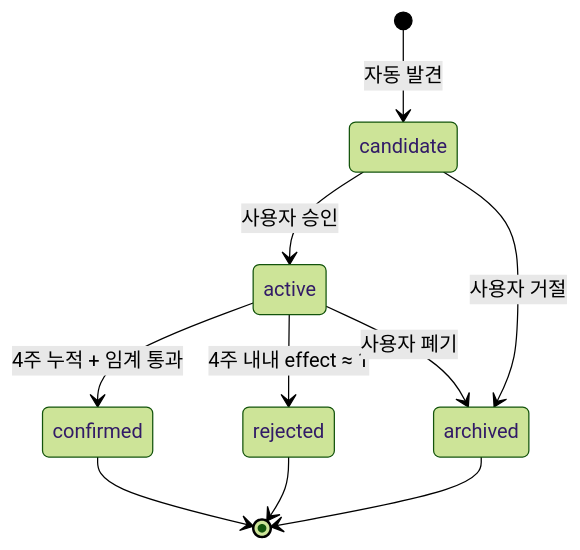
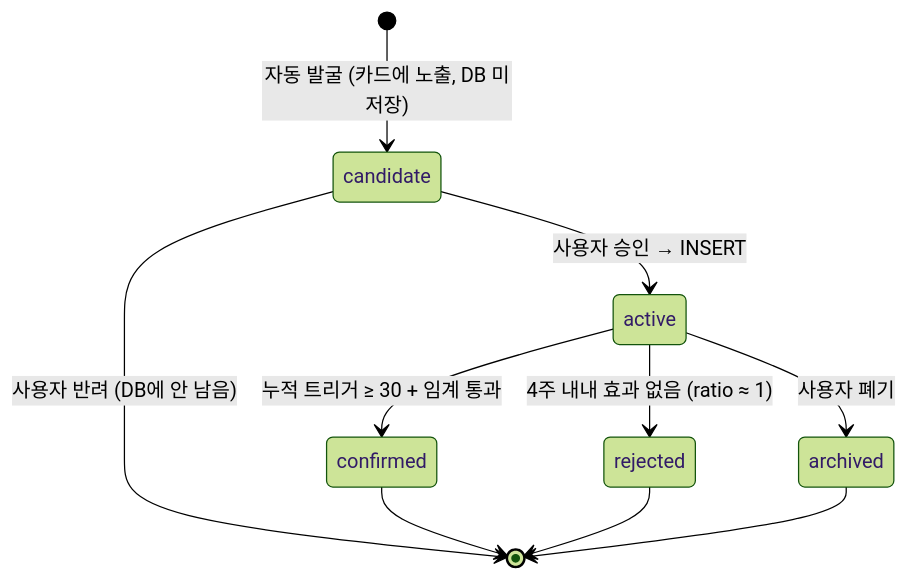
The seventh of 9 diagrams in docs/explainers/insight-v2.md (hyewon3938/slack-ai-agents), drawn with Mermaid (forest theme) before and after one commit. The commit also changed other lines of this file and 1 other file, not shown here.

````diff
--- a/docs/explainers/insight-v2.md
+++ b/docs/explainers/insight-v2.md
@@ -337,12 +348,12 @@
 ```mermaid
 stateDiagram-v2
-  [*] --> candidate: 자동 발견
-  candidate --> active: 사용자 승인
-  candidate --> archived: 사용자 거절
-  active --> confirmed: 4주 누적 + 임계 통과
-  active --> rejected: 4주 내내 effect ≈ 1
+  [*] --> candidate: 자동 발굴 (카드에 노출, DB 미저장)
+  candidate --> active: 사용자 승인 → INSERT
+  candidate --> [*]: 사용자 반려 (DB에 안 남음)
+  active --> confirmed: 누적 트리거 ≥ 30 + 임계 통과
+  active --> rejected: 4주 내내 효과 없음 (ratio ≈ 1)
   active --> archived: 사용자 폐기
   confirmed --> [*]
   rejected --> [*]
   archived --> [*]
 ```
````
